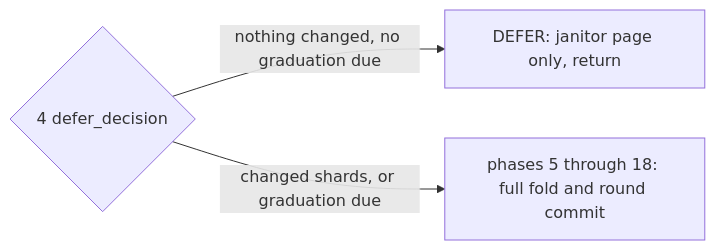
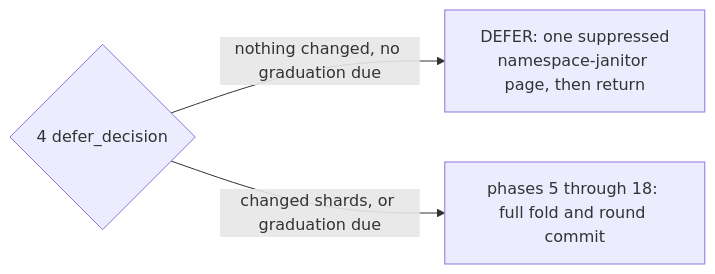
One commit to Altinity/ClickHouse changed the second of 3 diagrams in docs/en/antalya/cas/architecture/garbage-collection.md. Above: the diagram before and after it, drawn with Mermaid. The commit also changed other lines of this file and 1 other file, not shown here.

Commit message:
cas-docs: antalya/cas — GC phase table, DEFER completeness, read-path cache-hit diagram

````diff
--- a/docs/en/antalya/cas/architecture/garbage-collection.md
+++ b/docs/en/antalya/cas/architecture/garbage-collection.md
@@ -93,5 +94,5 @@
 ```mermaid
 flowchart LR
-    D4{"4 defer_decision"} -->|"nothing changed, no graduation due"| DEF["DEFER: janitor page only, return"]
+    D4{"4 defer_decision"} -->|"nothing changed, no graduation due"| DEF["DEFER: one suppressed<br/>namespace-janitor page, then return"]
     D4 -->|"changed shards, or graduation due"| FOLD["phases 5 through 18: full fold and round commit"]
 ```
````
